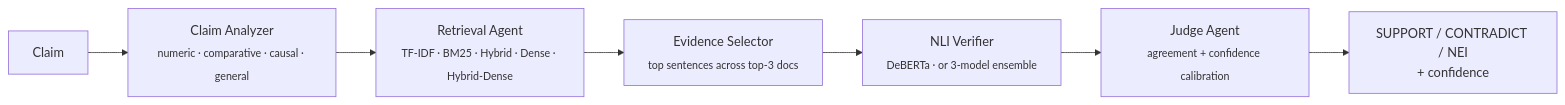
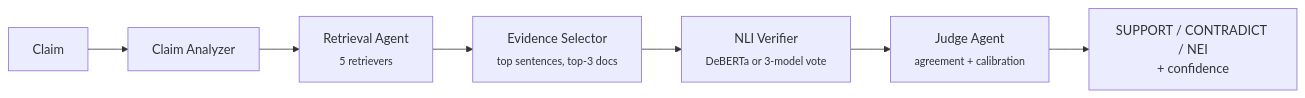
Before and after one commit to Akshayaamahesh/SciFact: the diagram in README.md, drawn with Mermaid. The commit also changed other lines of this file and 1 other file, not shown here.

````diff
--- a/README.md
+++ b/README.md
@@ -30,9 +88,9 @@
 ```mermaid
 flowchart LR
-    C[Claim] --> A[Claim Analyzer<br/><sub>numeric · comparative · causal · general</sub>]
-    A --> R[Retrieval Agent<br/><sub>TF-IDF · BM25 · Hybrid · Dense · Hybrid-Dense</sub>]
-    R --> E[Evidence Selector<br/><sub>top sentences across top-3 docs</sub>]
-    E --> V[NLI Verifier<br/><sub>DeBERTa · or 3-model ensemble</sub>]
-    V --> J[Judge Agent<br/><sub>agreement + confidence calibration</sub>]
+    C[Claim] --> A[Claim Analyzer]
+    A --> R[Retrieval Agent<br/><sub>5 retrievers</sub>]
+    R --> E[Evidence Selector<br/><sub>top sentences, top-3 docs</sub>]
+    E --> V[NLI Verifier<br/><sub>DeBERTa or 3-model vote</sub>]
+    V --> J[Judge Agent<br/><sub>agreement + calibration</sub>]
     J --> L[SUPPORT / CONTRADICT / NEI<br/>+ confidence]
 ```
````
